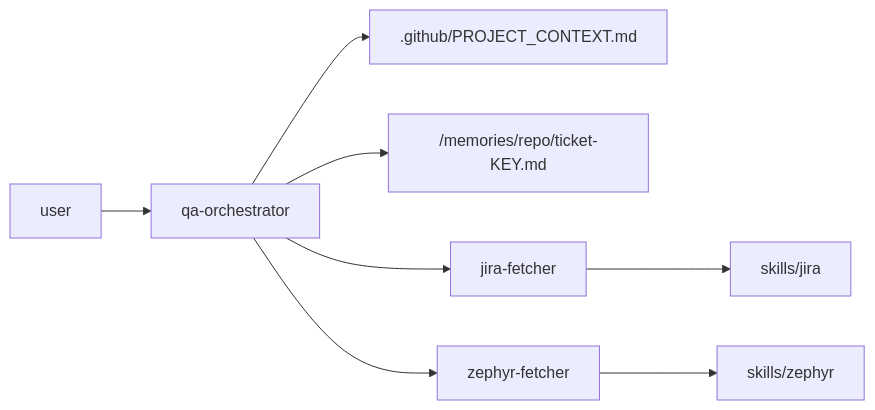
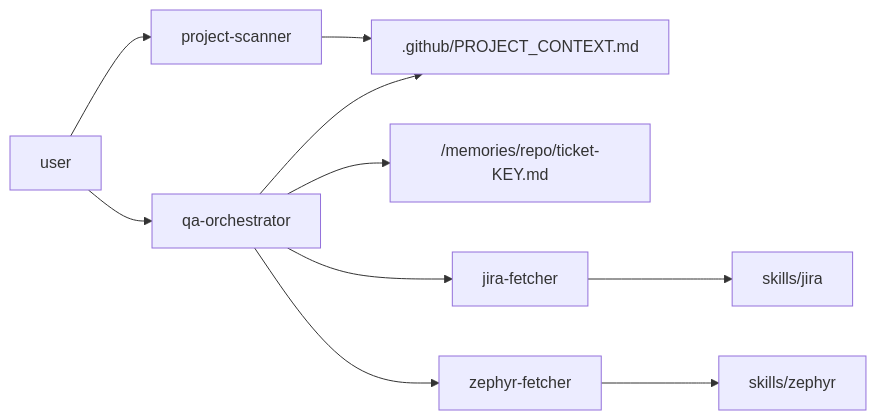
One commit to MariusCosmuta98/QaAIAssistent changed the diagram in README.md. Above: the diagram before and after it, drawn with Mermaid. The commit also changed 12 other files, not shown here.

````diff
--- a/README.md
+++ b/README.md
@@ -12,10 +12,12 @@
 ```mermaid
 flowchart LR
    U["user"] --> Q["qa-orchestrator"]
-   Q --> PC[".github/PROJECT_CONTEXT.md"]
+   U --> S["project-scanner"]
+   S --> PC[".github/PROJECT_CONTEXT.md"]
+   Q --> PC
    Q --> TM["/memories/repo/ticket-KEY.md"]
    Q --> J["jira-fetcher"]
    Q --> Z["zephyr-fetcher"]
    J --> SJ["skills/jira"]
    Z --> SZ["skills/zephyr"]
 ```
````
